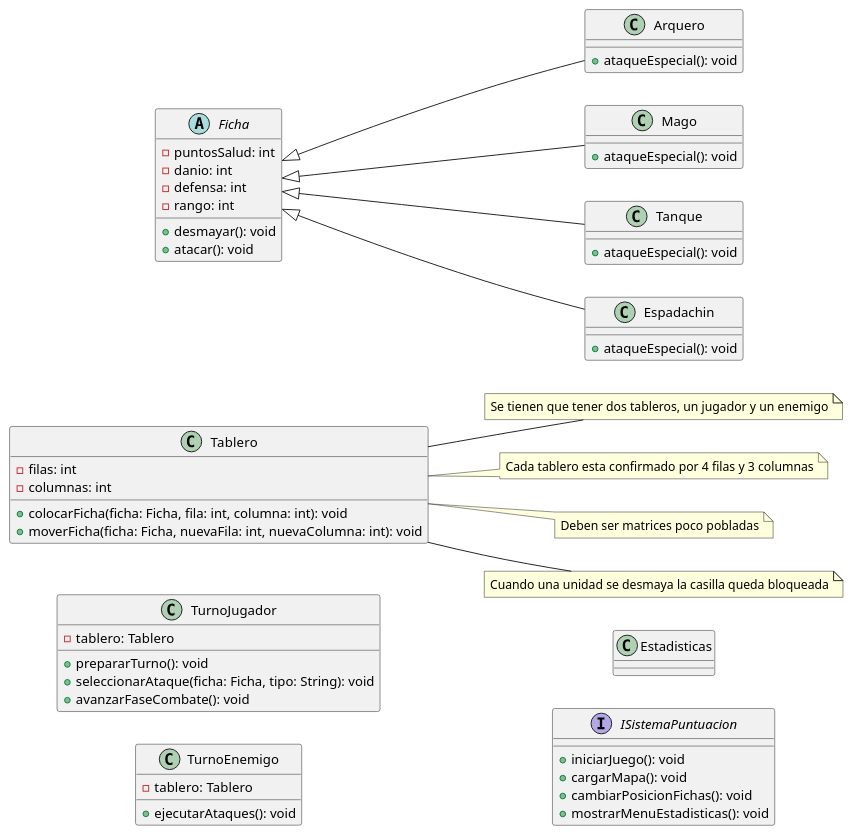
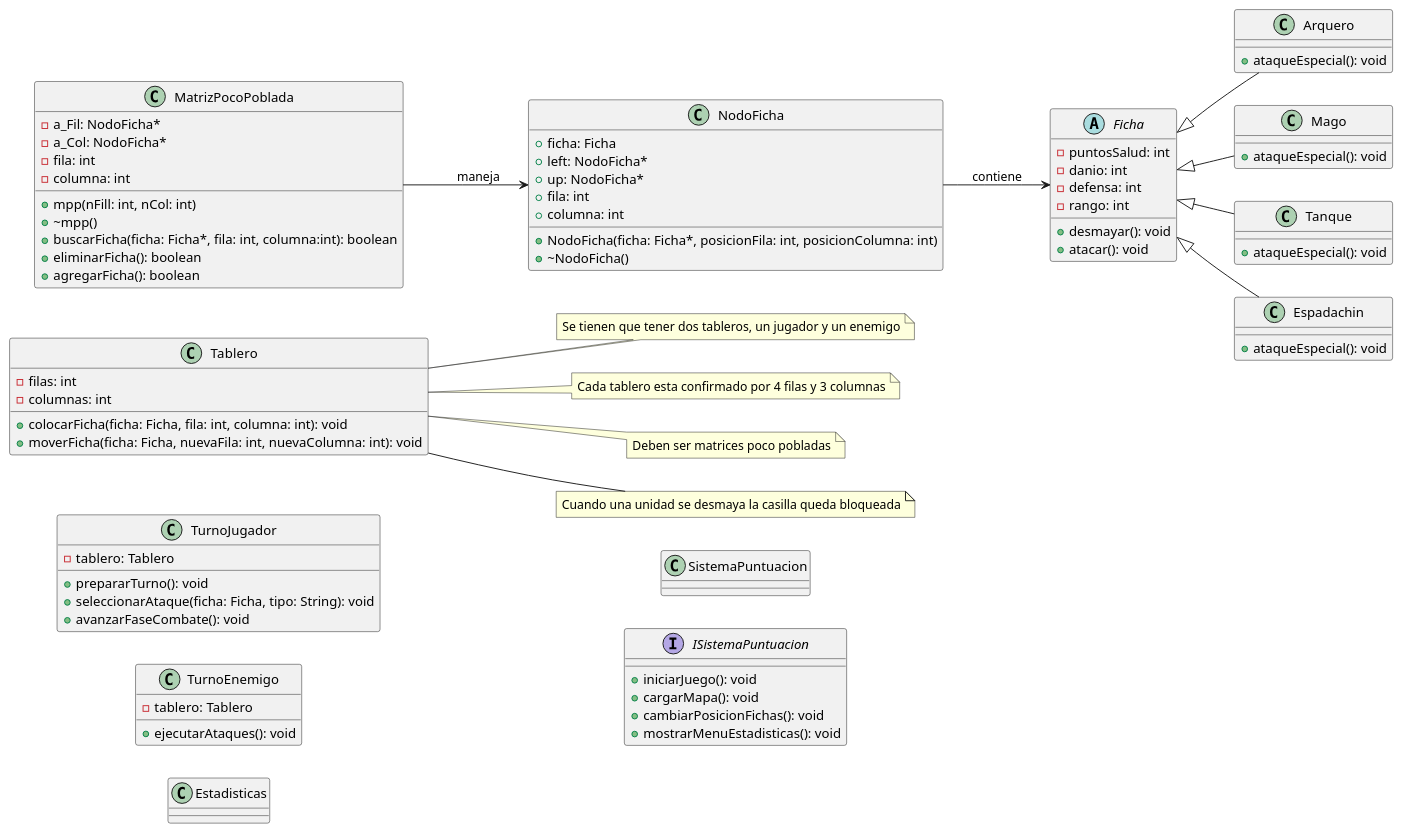
Before and after one commit to FelipeRojoC/CLION_Taller1_FelipeRojo: the diagram in DiagramaDeClases.puml, drawn with PlantUML. The commit also changed 1 other file, not shown here.

Commit message:
Avance diagrama de clases

```diff
--- a/DiagramaDeClases.puml
+++ b/DiagramaDeClases.puml
@@ -1,81 +1,110 @@
 @startuml
 
 left to right direction
 
 class Tablero{
     - filas: int
     - columnas: int
     + colocarFicha(ficha: Ficha, fila: int, columna: int): void
     + moverFicha(ficha: Ficha, nuevaFila: int, nuevaColumna: int): void
 }
 
 abstract Ficha{
     - puntosSalud: int
     - danio: int
     - defensa: int
     - rango: int
     + desmayar(): void
     + atacar(): void
+}
+
+class NodoFicha{
+    + ficha: Ficha
+    + left: NodoFicha*
+    + up: NodoFicha*
+    + fila: int
+    + columna: int
+    + NodoFicha(ficha: Ficha*, posicionFila: int, posicionColumna: int)
+    + ~NodoFicha()
+}
+
+class MatrizPocoPoblada{
+    - a_Fil: NodoFicha*
+    - a_Col: NodoFicha*
+    - fila: int
+    - columna: int
+    + mpp(nFill: int, nCol: int)
+    + ~mpp()
+    + buscarFicha(ficha: Ficha*, fila: int, columna:int): boolean
+    + eliminarFicha(): boolean
+    + agregarFicha(): boolean
 }
 
 class Arquero{
     +ataqueEspecial(): void
 }
 
 class Mago{
     +ataqueEspecial(): void
 }
 
 class Tanque{
     +ataqueEspecial(): void
 }
 
 class Espadachin{
     +ataqueEspecial(): void
 }
 
 class TurnoJugador{
     - tablero: Tablero
     + prepararTurno(): void
     + seleccionarAtaque(ficha: Ficha, tipo: String): void
     + avanzarFaseCombate(): void
 }
 
 class TurnoEnemigo{
     - tablero: Tablero
     + ejecutarAtaques(): void
 }
 
 
 class Estadisticas{
 
+}
+
+class SistemaPuntuacion{
 
 }
 
 interface ISistemaPuntuacion{
     + iniciarJuego(): void
     + cargarMapa(): void
     + cambiarPosicionFichas(): void
     + mostrarMenuEstadisticas(): void
 }
 
 'Notas
 note "Se tienen que tener dos tableros, un jugador y un enemigo" as N1
 note "Cada tablero esta confirmado por 4 filas y 3 columnas" as N2
 note "Deben ser matrices poco pobladas" as N3
 note "Cuando una unidad se desmaya la casilla queda bloqueada" as N4
 
 'Relaciones de notas
 Tablero -- N1
 Tablero -- N2
 Tablero -- N3
 Tablero -- N4
 
 'Relaciones
 Ficha <|-- Arquero
 Ficha <|-- Mago
 Ficha <|-- Tanque
 Ficha <|-- Espadachin
 
+NodoFicha --> Ficha: contiene
+MatrizPocoPoblada --> NodoFicha: maneja
+
+
 
 @enduml
```
